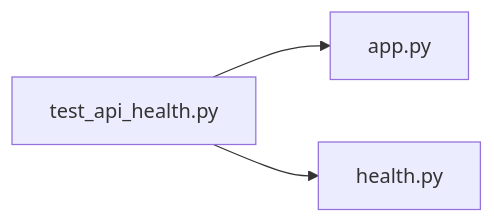
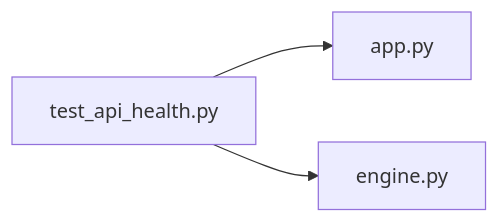
The diagram in .cluedoc/graph/backend/tests/unit/test_api_health.md (minkong-dev/Banblit), drawn with Mermaid before and after one commit. The commit also changed other lines of this file and 78 other files, not shown here.

````diff
--- a/.cluedoc/graph/backend/tests/unit/test_api_health.md
+++ b/.cluedoc/graph/backend/tests/unit/test_api_health.md
@@ -10,6 +10,6 @@
 ```mermaid
 flowchart LR
   backend_tests_unit_test_api_health["test_api_health.py"]
   backend_tests_unit_test_api_health --> backend_src_backend_api_app["app.py"]
-  backend_tests_unit_test_api_health --> backend_src_backend_db_health["health.py"]
+  backend_tests_unit_test_api_health --> backend_src_backend_db_engine["engine.py"]
 ```
````
